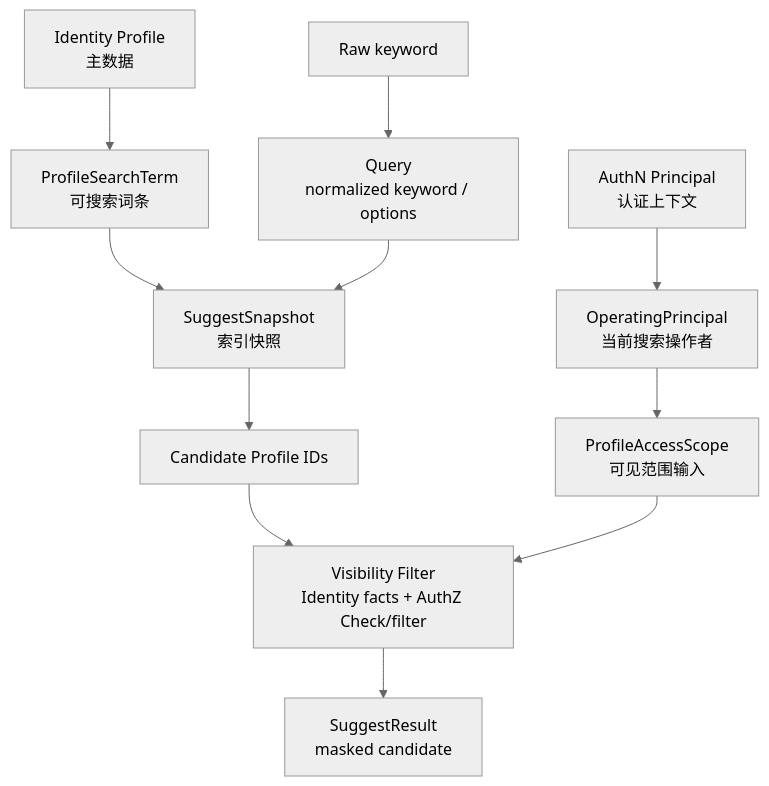
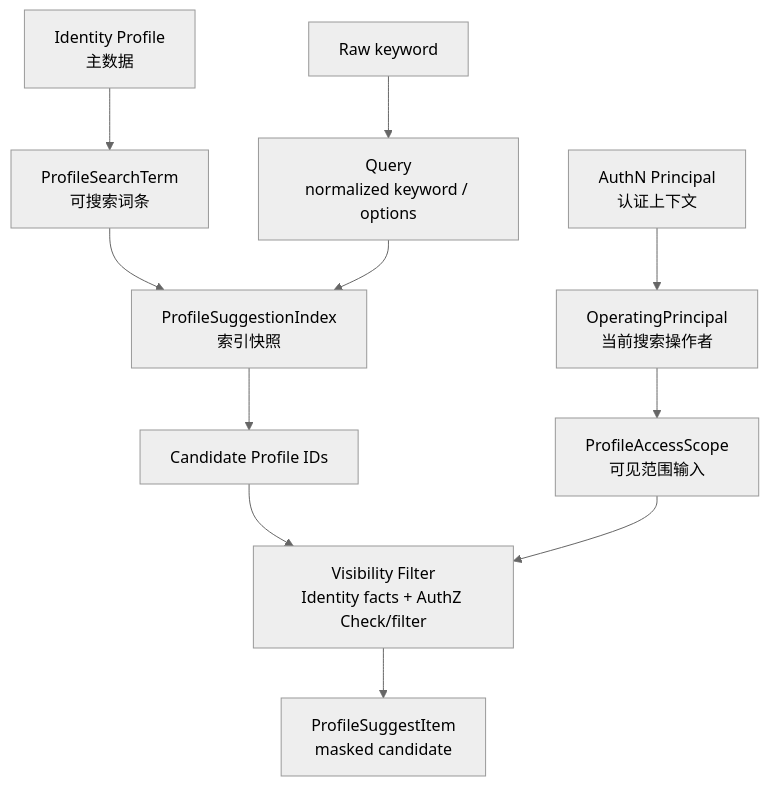
Before and after one commit to FangcunMount/iam: the first of 3 diagrams in docs/02-业务模块/05-Suggest/01-领域模型-ProfileSearchTerm-ProfileAccessScope-Snapshot.md, drawn with Mermaid (neutral theme). The commit also changed other lines of this file and 45 other files, not shown here.

````diff
--- a/docs/02-业务模块/05-Suggest/01-领域模型-ProfileSearchTerm-ProfileAccessScope-Snapshot.md
+++ b/docs/02-业务模块/05-Suggest/01-领域模型-ProfileSearchTerm-ProfileAccessScope-Snapshot.md
@@ -97,25 +97,25 @@
 ```mermaid
 flowchart TD
     AuthNPrincipal["AuthN Principal\n认证上下文"]
     OP["OperatingPrincipal\n当前搜索操作者"]
     Scope["ProfileAccessScope\n可见范围输入"]
     RawKeyword["Raw keyword"]
     Query["Query\nnormalized keyword / options"]
     Identity["Identity Profile\n主数据"]
     Term["ProfileSearchTerm\n可搜索词条"]
-    Snapshot["SuggestSnapshot\n索引快照"]
+    Snapshot["ProfileSuggestionIndex\n索引快照"]
     Candidate["Candidate Profile IDs"]
     Filter["Visibility Filter\nIdentity facts + AuthZ Check/filter"]
-    Result["SuggestResult\nmasked candidate"]
+    Result["ProfileSuggestItem\nmasked candidate"]
 
     AuthNPrincipal --> OP
     OP --> Scope
     RawKeyword --> Query
     Identity --> Term
     Term --> Snapshot
     Query --> Snapshot
     Snapshot --> Candidate
     Candidate --> Filter
     Scope --> Filter
     Filter --> Result
 ```
````
